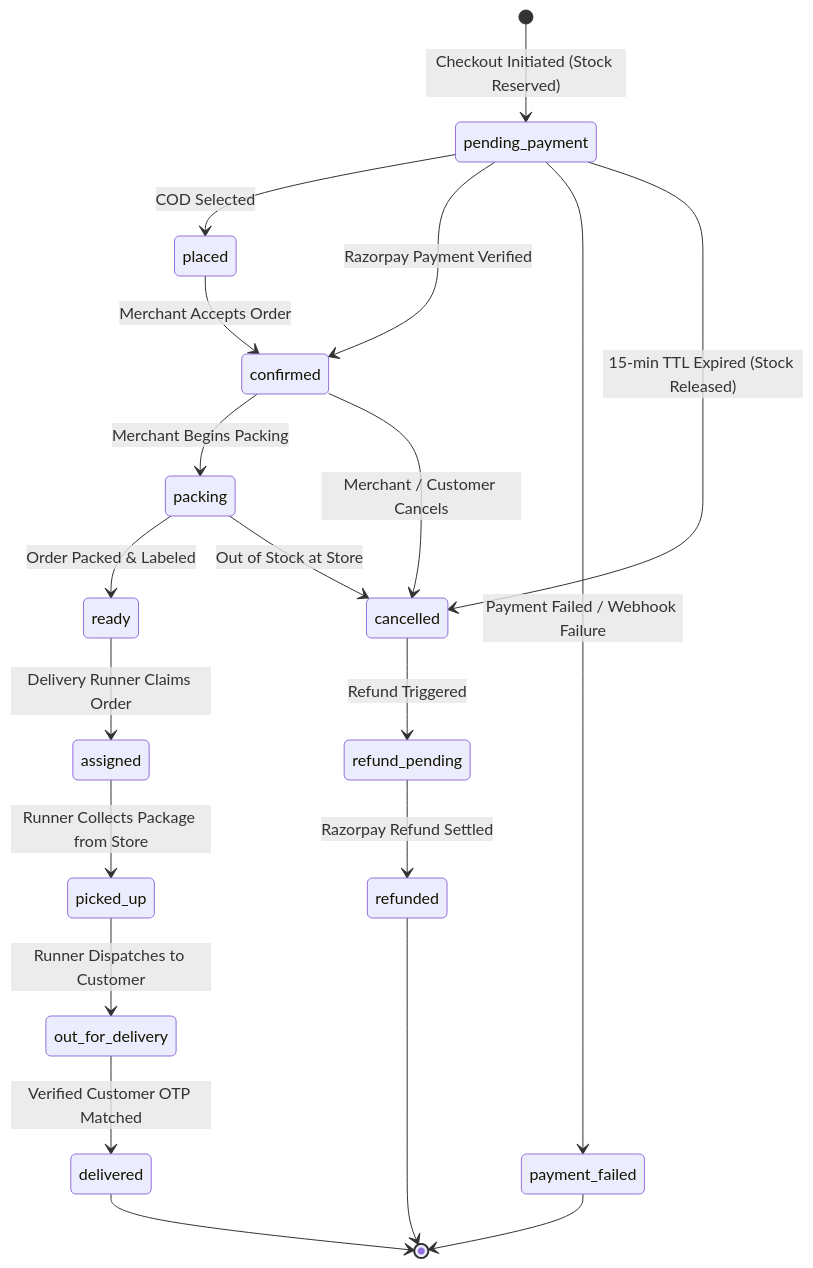
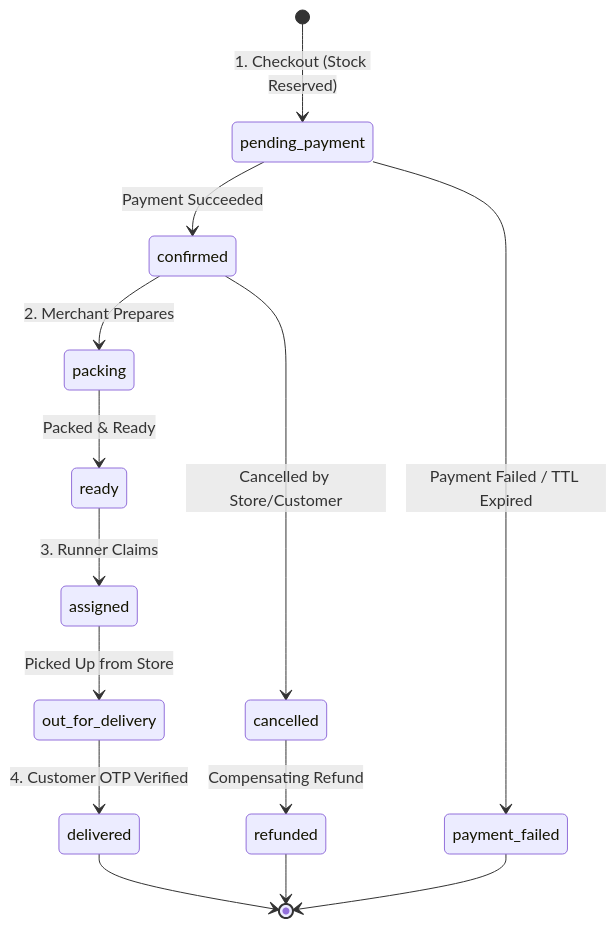
The second of 4 diagrams in README.md (Jyatin/KiranaWala), drawn with Mermaid before and after one commit. The commit also changed other lines of this file, not shown here.

Commit message:
docs: streamline README with simplified diagrams and clear technical explanations

````diff
--- a/README.md
+++ b/README.md
@@ -265,25 +220,18 @@
 ```mermaid
 stateDiagram-v2
-    [*] --> pending_payment: Checkout Initiated (Stock Reserved)
-    pending_payment --> placed: COD Selected
-    pending_payment --> confirmed: Razorpay Payment Verified
-    pending_payment --> payment_failed: Payment Failed / Webhook Failure
-    pending_payment --> cancelled: 15-min TTL Expired (Stock Released)
+    [*] --> pending_payment: 1. Checkout (Stock Reserved)
+    pending_payment --> confirmed: Payment Succeeded
+    pending_payment --> payment_failed: Payment Failed / TTL Expired
 
-    placed --> confirmed: Merchant Accepts Order
-    confirmed --> packing: Merchant Begins Packing
-    packing --> ready: Order Packed & Labeled
-    ready --> assigned: Delivery Runner Claims Order
-    assigned --> picked_up: Runner Collects Package from Store
-    picked_up --> out_for_delivery: Runner Dispatches to Customer
-    out_for_delivery --> delivered: Verified Customer OTP Matched
+    confirmed --> packing: 2. Merchant Prepares
+    packing --> ready: Packed & Ready
+    ready --> assigned: 3. Runner Claims
+    assigned --> out_for_delivery: Picked Up from Store
+    out_for_delivery --> delivered: 4. Customer OTP Verified
+    delivered --> [*]
 
-    confirmed --> cancelled: Merchant / Customer Cancels
-    packing --> cancelled: Out of Stock at Store
-    cancelled --> refund_pending: Refund Triggered
-    refund_pending --> refunded: Razorpay Refund Settled
-
-    delivered --> [*]
+    confirmed --> cancelled: Cancelled by Store/Customer
+    cancelled --> refunded: Compensating Refund
+    refunded --> [*]
     payment_failed --> [*]
-    refunded --> [*]
 ```
````
